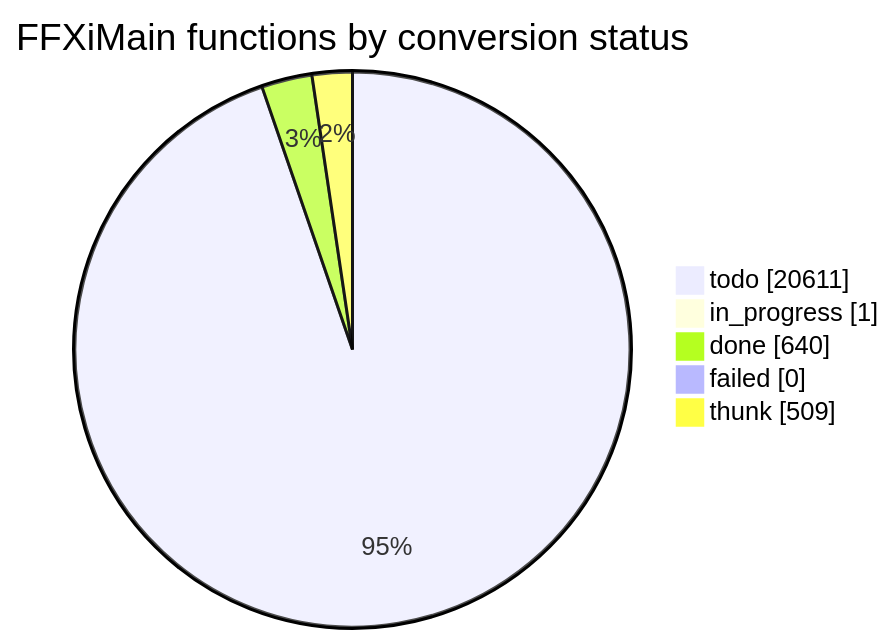
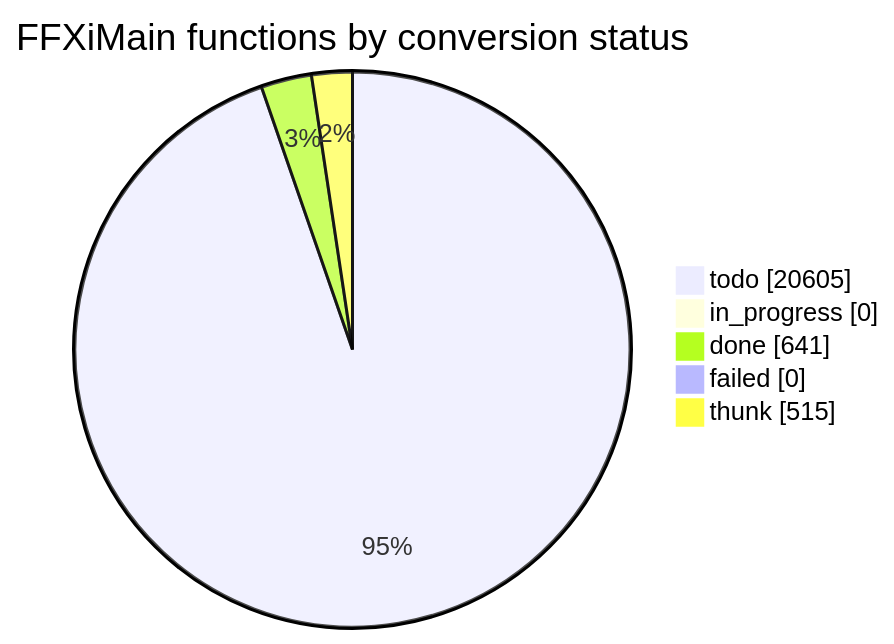
One commit to cowrevenge/cow_kuluu_xi_anything changed the diagram in docs/cow/STATUS.md. Above: the diagram before and after it, drawn with Mermaid. The commit also changed other lines of this file and 9 other files, not shown here.

````diff
--- a/docs/cow/STATUS.md
+++ b/docs/cow/STATUS.md
@@ -18,9 +18,9 @@
 ```mermaid
 pie showData
     title FFXiMain functions by conversion status
-    "todo" : 20611
-    "in_progress" : 1
-    "done" : 640
+    "todo" : 20605
+    "in_progress" : 0
+    "done" : 641
     "failed" : 0
-    "thunk" : 509
+    "thunk" : 515
 ```
````
